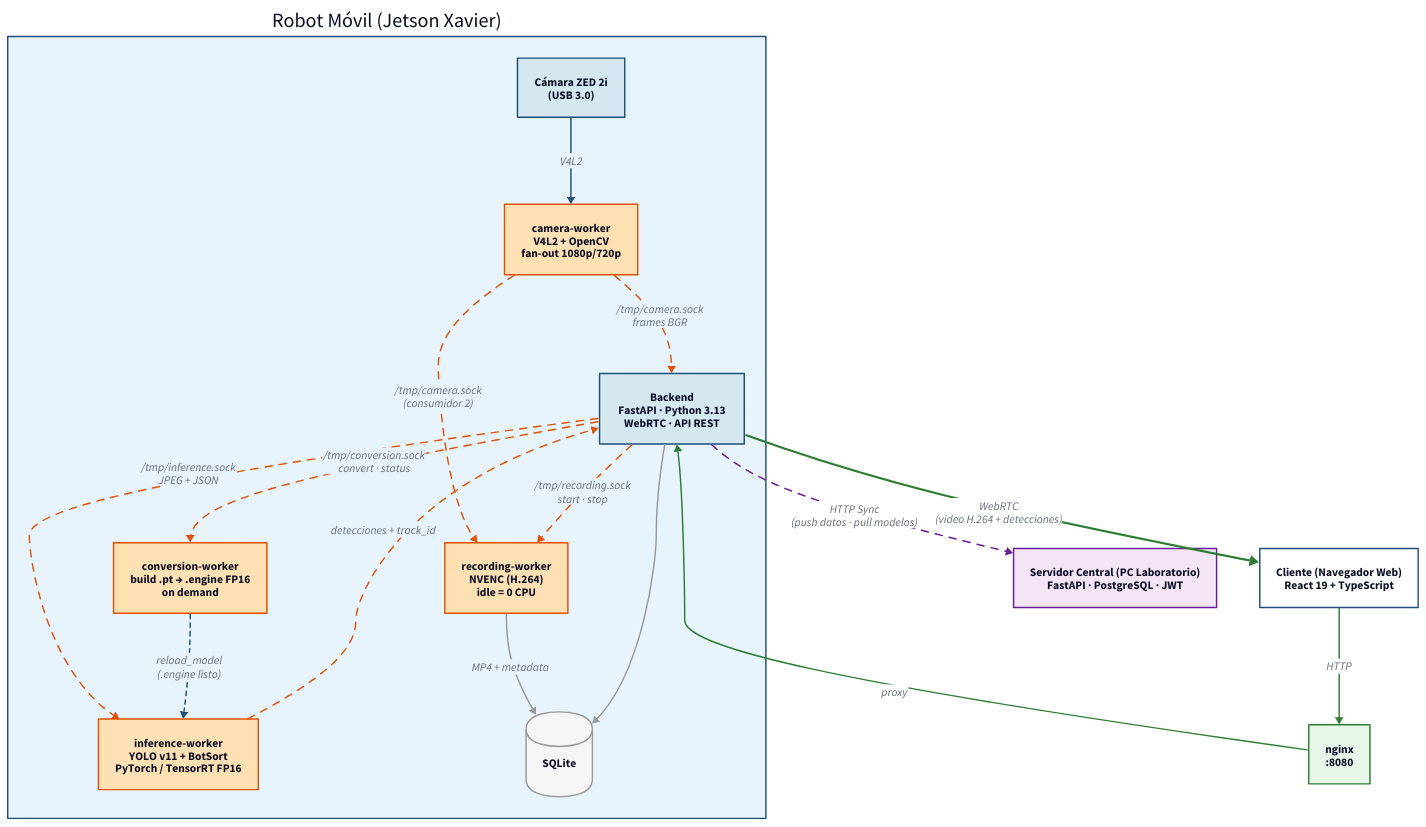
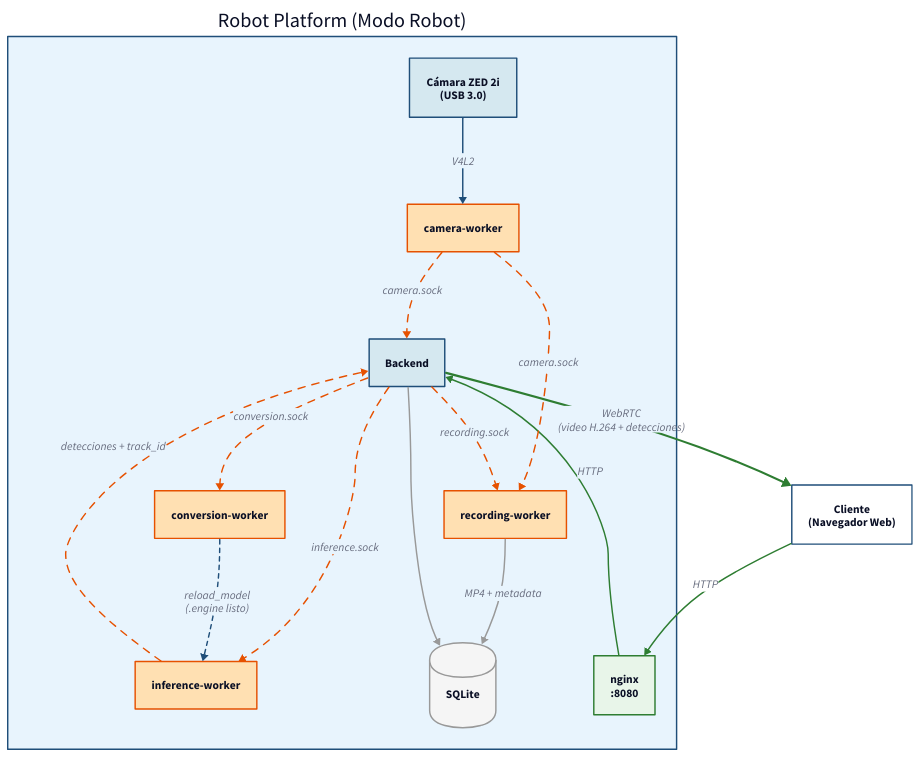
The diagram in docs/diagrams/arquitectura_actual.d2 (pqbas/robot-platform), drawn with D2 before and after one commit. The commit also changed 22 other files, not shown here.

Commit message:
docs: agregar diagramas de arquitectura de workers/servidor y actualizar informe unificado

```diff
--- a/docs/diagrams/arquitectura_actual.d2
+++ b/docs/diagrams/arquitectura_actual.d2
@@ -1,142 +1,130 @@
 direction: down
 
-robot: "Robot Móvil (Jetson Xavier)" {
+robot: "Robot Platform (Modo Robot)" {
   style.fill: "#E8F4FD"
   style.stroke: "#1F4E79"
   style.stroke-width: 2
 
   direction: down
 
   camera_dev: "Cámara ZED 2i\n(USB 3.0)" {
     style.fill: "#D5E8F0"
     style.stroke: "#1F4E79"
   }
 
-  camera_worker: "camera-worker\nV4L2 + OpenCV\nfan-out 1080p/720p" {
+  camera_worker: "camera-worker" {
     style.fill: "#FFE0B2"
     style.stroke: "#E65100"
     style.stroke-width: 2
   }
 
-  inference_worker: "inference-worker\nYOLO v11 + BotSort\nPyTorch / TensorRT FP16" {
+  inference_worker: "inference-worker" {
     style.fill: "#FFE0B2"
     style.stroke: "#E65100"
     style.stroke-width: 2
   }
 
-  recording_worker: "recording-worker\nNVENC (H.264)\nidle = 0 CPU" {
+  recording_worker: "recording-worker" {
     style.fill: "#FFE0B2"
     style.stroke: "#E65100"
     style.stroke-width: 2
   }
 
-  conversion_worker: "conversion-worker\nbuild .pt → .engine FP16\non demand" {
+  conversion_worker: "conversion-worker" {
     style.fill: "#FFE0B2"
     style.stroke: "#E65100"
     style.stroke-width: 2
   }
 
-  backend: "Backend\nFastAPI · Python 3.13\nWebRTC · API REST" {
+  backend: "Backend" {
     style.fill: "#D5E8F0"
     style.stroke: "#1F4E79"
     style.stroke-width: 2
   }
 
   sqlite: "SQLite" {
     style.fill: "#F5F5F5"
     style.stroke: "#999999"
     shape: cylinder
   }
 
+  nginx: "nginx\n:8080" {
+    style.fill: "#E8F5E9"
+    style.stroke: "#2E7D32"
+  }
+
+  nginx -> backend: "HTTP" {
+    style.stroke: "#2E7D32"
+  }
+
   camera_dev -> camera_worker: "V4L2" {
     style.stroke: "#1F4E79"
     style.stroke-width: 2
   }
 
-  camera_worker -> backend: "/tmp/camera.sock\nframes BGR" {
+  camera_worker -> backend: "camera.sock" {
     style.stroke: "#E65100"
     style.stroke-width: 2
     style.stroke-dash: 5
   }
 
-  camera_worker -> recording_worker: "/tmp/camera.sock\n(consumidor 2)" {
+  camera_worker -> recording_worker: "camera.sock" {
     style.stroke: "#E65100"
     style.stroke-width: 2
     style.stroke-dash: 5
   }
 
-  backend -> inference_worker: "/tmp/inference.sock\nJPEG + JSON" {
+  backend -> inference_worker: "inference.sock" {
     style.stroke: "#E65100"
     style.stroke-width: 2
     style.stroke-dash: 5
   }
 
   inference_worker -> backend: "detecciones + track_id" {
     style.stroke: "#E65100"
     style.stroke-width: 2
     style.stroke-dash: 5
   }
 
-  backend -> recording_worker: "/tmp/recording.sock\nstart · stop" {
+  backend -> recording_worker: "recording.sock" {
     style.stroke: "#E65100"
     style.stroke-width: 2
     style.stroke-dash: 5
   }
 
-  backend -> conversion_worker: "/tmp/conversion.sock\nconvert · status" {
+  backend -> conversion_worker: "conversion.sock" {
     style.stroke: "#E65100"
     style.stroke-width: 2
     style.stroke-dash: 5
   }
 
   conversion_worker -> inference_worker: "reload_model\n(.engine listo)" {
     style.stroke: "#1F4E79"
     style.stroke-width: 2
     style.stroke-dash: 3
   }
 
   recording_worker -> sqlite: "MP4 + metadata" {
     style.stroke: "#999999"
   }
 
   backend -> sqlite {
     style.stroke: "#999999"
   }
 }
 
-cliente: "Cliente (Navegador Web)\nReact 19 + TypeScript" {
+cliente: "Cliente\n(Navegador Web)" {
   style.fill: "#FFFFFF"
   style.stroke: "#1F4E79"
   style.stroke-width: 2
 }
 
-servidor: "Servidor Central (PC Laboratorio)\nFastAPI · PostgreSQL · JWT" {
-  style.fill: "#F3E5F5"
-  style.stroke: "#6A1B9A"
-  style.stroke-width: 2
-}
-
-nginx: "nginx\n:8080" {
-  style.fill: "#E8F5E9"
-  style.stroke: "#2E7D32"
-}
-
-cliente -> nginx: "HTTP" {
+cliente -> robot.nginx: "HTTP" {
   style.stroke: "#2E7D32"
   style.stroke-width: 2
-}
-
-nginx -> robot.backend: "proxy" {
-  style.stroke: "#2E7D32"
 }
 
 robot.backend -> cliente: "WebRTC\n(video H.264 + detecciones)" {
   style.stroke: "#2E7D32"
   style.stroke-width: 3
 }
-
-robot.backend -> servidor: "HTTP Sync\n(push datos · pull modelos)" {
-  style.stroke: "#6A1B9A"
-  style.stroke-width: 2
-  style.stroke-dash: 5
-}
```
